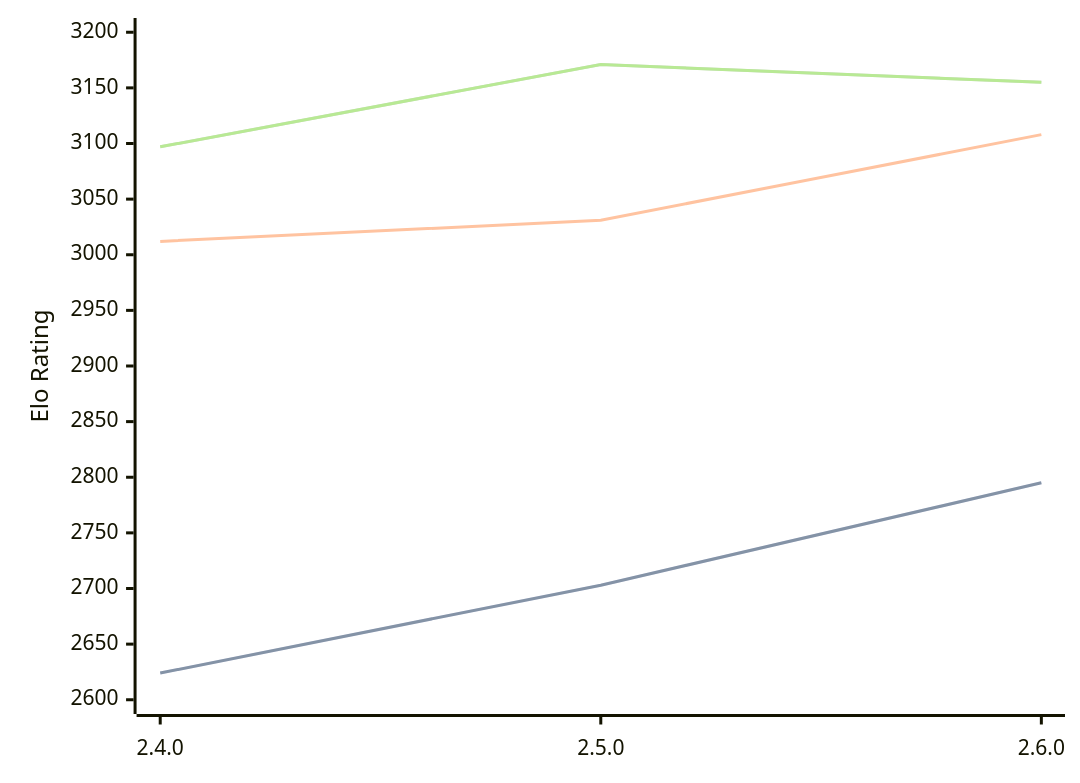
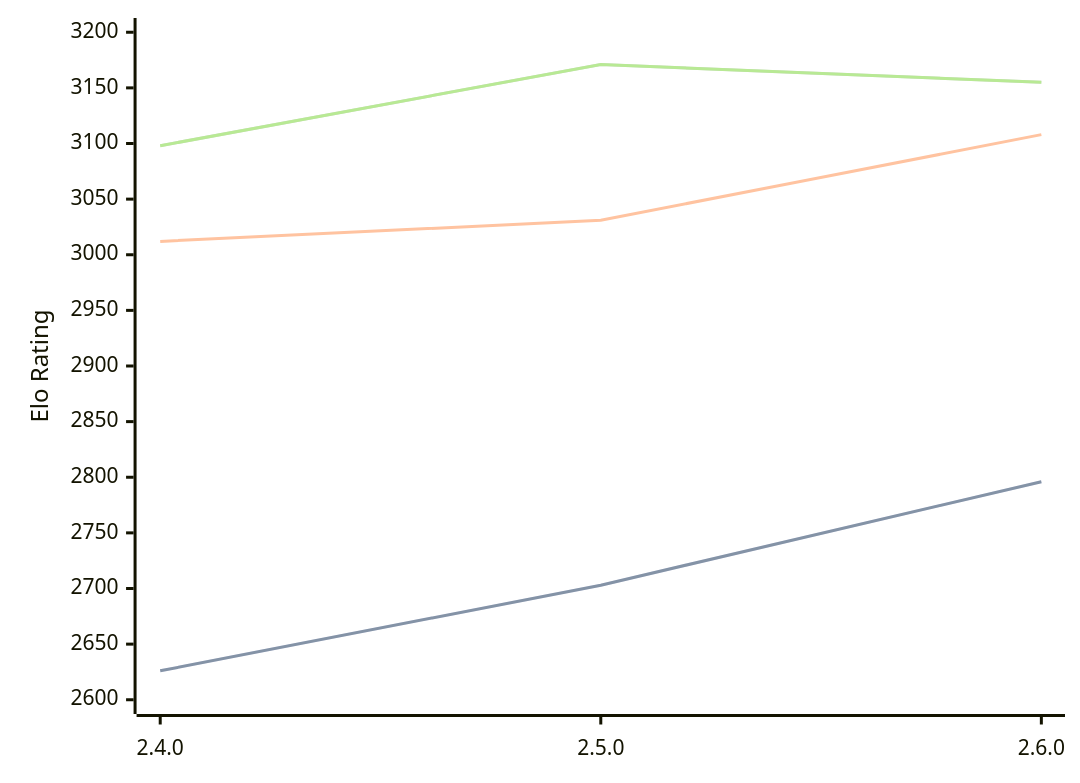
The diagram in engines/Sturddle2.md (computer-chess-index/cci), drawn with Mermaid before and after one commit. The commit also changed other lines of this file, not shown here.

Commit message:
Update CCI Ratings (ELO VLTC) - 2026-10-02

````diff
--- a/engines/Sturddle2.md
+++ b/engines/Sturddle2.md
@@ -33,11 +33,11 @@
 ```mermaid
 %%{init: {"theme":"base","themeVariables":{"seriesColors:['#a3a3a3','#222221','#faa371']}}}%%
 xychart-beta
   x-axis ["2.4.0", "2.5.0", "2.6.0"]
   y-axis "Elo Rating" 2600 --> 3200
-  line "" [2624, 2703, 2795]
-  line "STC (8.0+0.08s)" [2624, 2703, 2795]
+  line "" [2626, 2703, 2796]
+  line "STC (8.0+0.08s)" [2626, 2703, 2796]
   line "LTC (60.0+0.60s)" [3012, 3031, 3108]
-  line "" [3097, 3171, 3155]
-  line "VLTC (2m24s+1.12s)" [3097, 3171, 3155]
+  line "" [3098, 3171, 3155]
+  line "VLTC (2m24s+1.12s)" [3098, 3171, 3155]
 ```
````
